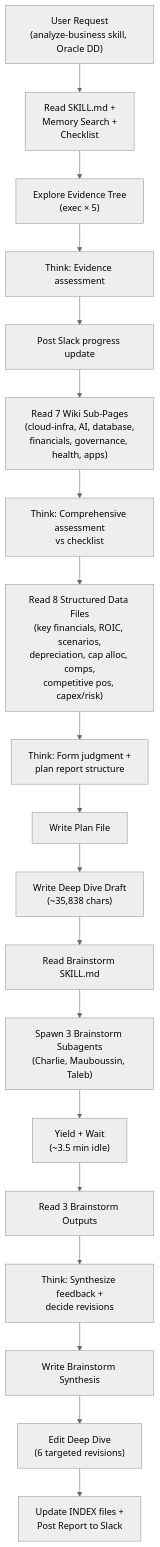
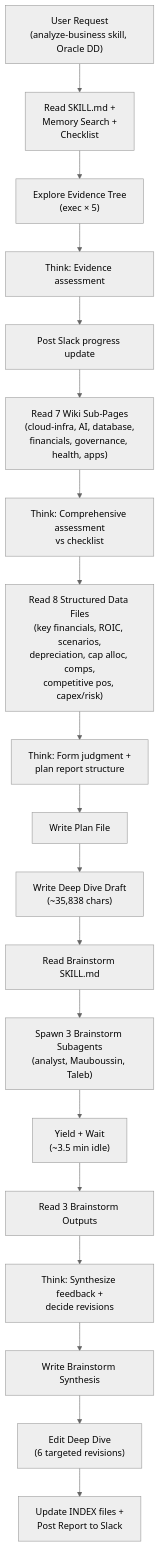
Before and after one commit to anton-sturluson/project-minerva: the diagram in docs/analysis/04-oracle-deep-dive-v2-session-trace.md, drawn with Mermaid (neutral theme). The commit also changed other lines of this file and 32 other files, not shown here.

````diff
--- a/docs/analysis/04-oracle-deep-dive-v2-session-trace.md
+++ b/docs/analysis/04-oracle-deep-dive-v2-session-trace.md
@@ -50,21 +50,21 @@
 ```mermaid
 flowchart TD
     A["User Request<br/>(analyze-business skill, Oracle DD)"] --> B["Read SKILL.md +<br/>Memory Search +<br/>Checklist"]
     B --> C["Explore Evidence Tree<br/>(exec × 5)"]
     C --> D["Think: Evidence assessment"]
     D --> E["Post Slack progress update"]
     E --> F["Read 7 Wiki Sub-Pages<br/>(cloud-infra, AI, database,<br/>financials, governance, health, apps)"]
     F --> G["Think: Comprehensive assessment<br/>vs checklist"]
     G --> H["Read 8 Structured Data Files<br/>(key financials, ROIC, scenarios,<br/>depreciation, cap alloc, comps,<br/>competitive pos, capex/risk)"]
     H --> I["Think: Form judgment +<br/>plan report structure"]
     I --> J["Write Plan File"]
     J --> K["Write Deep Dive Draft<br/>(~35,838 chars)"]
     K --> L["Read Brainstorm SKILL.md"]
-    L --> M["Spawn 3 Brainstorm Subagents<br/>(Charlie, Mauboussin, Taleb)"]
+    L --> M["Spawn 3 Brainstorm Subagents<br/>(analyst, Mauboussin, Taleb)"]
     M --> N["Yield + Wait<br/>(~3.5 min idle)"]
     N --> O["Read 3 Brainstorm Outputs"]
     O --> P["Think: Synthesize feedback +<br/>decide revisions"]
     P --> Q["Write Brainstorm Synthesis"]
     Q --> R["Edit Deep Dive<br/>(6 targeted revisions)"]
     R --> S["Update INDEX files +<br/>Post Report to Slack"]
 ```
````
